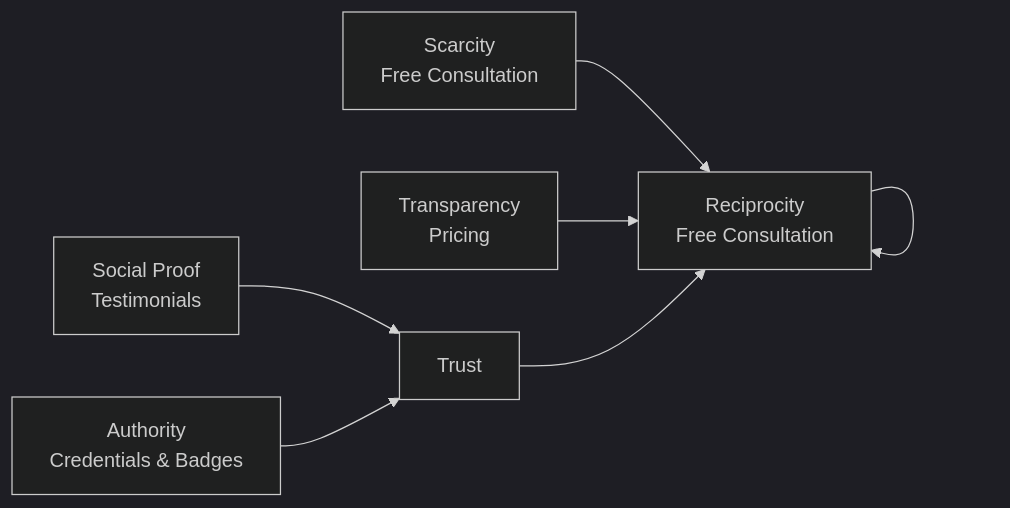
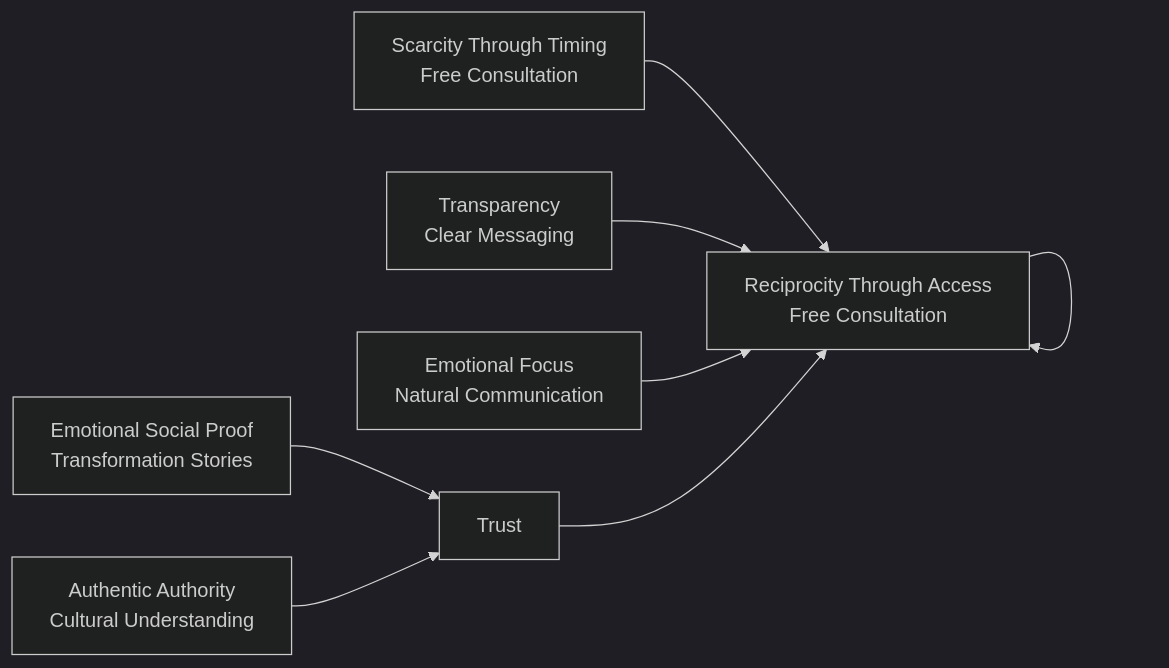
Before and after one commit to lynchip/graduates: the fifth of 8 diagrams in .qoder/repowiki/en/content/Project Overview/Marketing Approach & Conversion Strategy.md, drawn with Mermaid (dark theme). The commit also changed other lines of this file and 12 other files, not shown here.

````diff
--- a/.qoder/repowiki/en/content/Project Overview/Marketing Approach & Conversion Strategy.md
+++ b/.qoder/repowiki/en/content/Project Overview/Marketing Approach & Conversion Strategy.md
@@ -208,9 +229,10 @@
 ```mermaid
 flowchart LR
-A["Social Proof<br/>Testimonials"] --> C["Trust"]
-B["Authority<br/>Credentials & Badges"] --> C
-D["Scarcity<br/>Free Consultation"] --> E["Action"]
-E["Reciprocity<br/>Free Consultation"] --> E
-F["Transparency<br/>Pricing"] --> E
+A["Emotional Social Proof<br/>Transformation Stories"] --> C["Trust"]
+B["Authentic Authority<br/>Cultural Understanding"] --> C
+D["Scarcity Through Timing<br/>Free Consultation"] --> E["Action"]
+E["Reciprocity Through Access<br/>Free Consultation"] --> E
+F["Transparency<br/>Clear Messaging"] --> E
+G["Emotional Focus<br/>Natural Communication"] --> E
 C --> E
 ```
````
